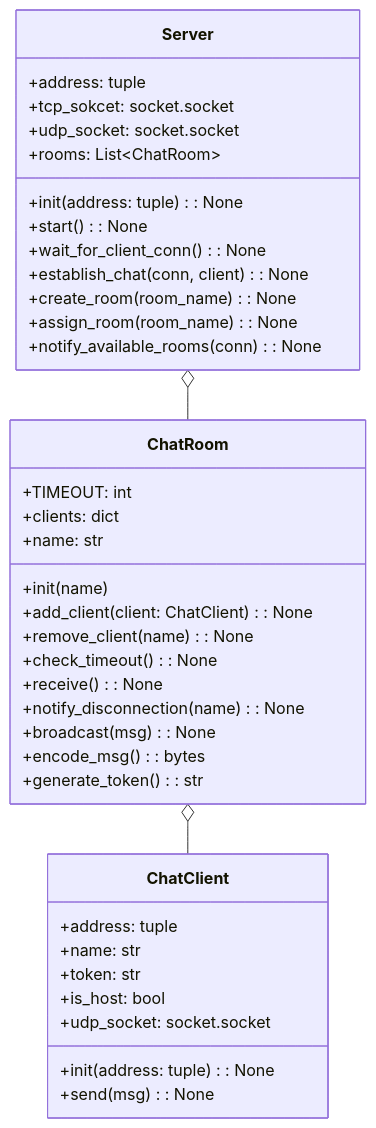
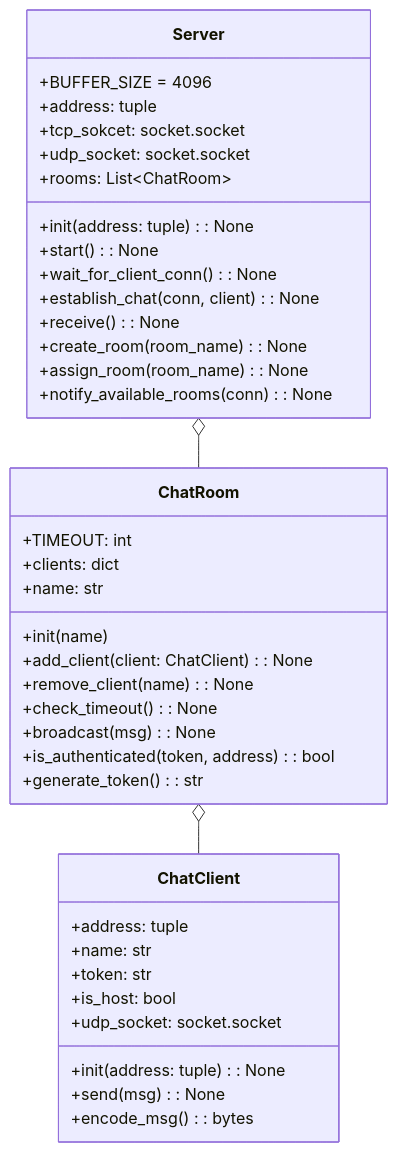
One commit to recursion-backend-team-d/online-chat-messenger changed the first of 2 diagrams in README.md. Above: the diagram before and after it, drawn with Mermaid. The commit also changed other lines of this file, not shown here.

Commit message:
クラス図を更新 #9

````diff
--- a/README.md
+++ b/README.md
@@ -4,46 +5,47 @@
 ```mermaid
 classDiagram
 class ChatClient {
   +address: tuple
   +name: str
   +token: str
   +is_host: bool
   +udp_socket: socket.socket
 
   +init(address: tuple): None
   +send(msg): None
+  +encode_msg(): bytes
 }
 
 class ChatRoom {
   +TIMEOUT: int
   +clients: dict
   +name: str
 
   +init(name)
   +add_client(client: ChatClient): None
   +remove_client(name): None
   +check_timeout(): None
-  +receive(): None
-  +notify_disconnection(name): None
   +broadcast(msg): None
-  +encode_msg(): bytes
+  +is_authenticated(token, address): bool
   +generate_token(): str
 }
 
 class Server {
+  +BUFFER_SIZE = 4096
   +address: tuple
   +tcp_sokcet: socket.socket
   +udp_socket: socket.socket
   +rooms: List~ChatRoom~
 
   +init(address: tuple): None
   +start(): None
   +wait_for_client_conn(): None
   +establish_chat(conn, client): None
+  +receive(): None
   +create_room(room_name): None
   +assign_room(room_name): None
   +notify_available_rooms(conn): None
 }
 Server o-- ChatRoom
 ChatRoom o-- ChatClient
 ```
````
